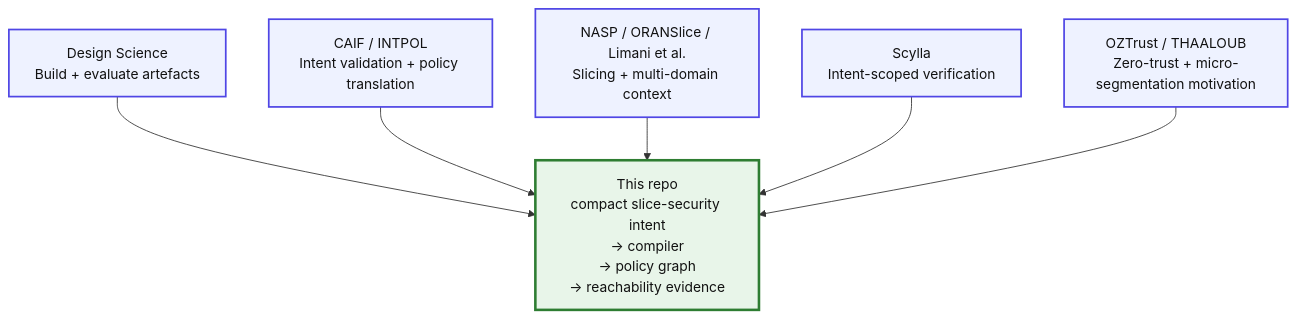
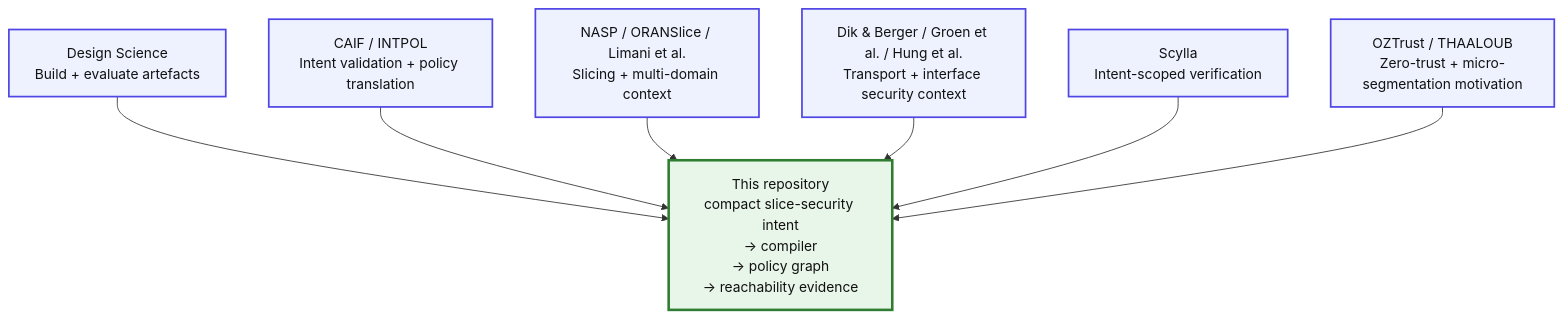
One commit to maplefoxgit/minor-thesis changed the second of 2 diagrams in docs/rq_to_repo_mapping.md. Above: the diagram before and after it, drawn with Mermaid. The commit also changed other lines of this file, not shown here.

````diff
--- a/docs/rq_to_repo_mapping.md
+++ b/docs/rq_to_repo_mapping.md
@@ -362,22 +380,24 @@
 ```mermaid
 flowchart TD
     DS["Design Science<br/>Build + evaluate artefacts"]
     IV["CAIF / INTPOL<br/>Intent validation + policy translation"]
     MD["NASP / ORANSlice / Limani et al.<br/>Slicing + multi-domain context"]
+    IF["Dik & Berger / Groen et al. / Hung et al.<br/>Transport + interface security context"]
     SC["Scylla<br/>Intent-scoped verification"]
     ZT["OZTrust / THAALOUB<br/>Zero-trust + micro-segmentation motivation"]
 
-    M["This repo<br/>compact slice-security intent<br/>→ compiler<br/>→ policy graph<br/>→ reachability evidence"]
+    M["This repository<br/>compact slice-security intent<br/>→ compiler<br/>→ policy graph<br/>→ reachability evidence"]
 
     DS --> M
     IV --> M
     MD --> M
+    IF --> M
     SC --> M
     ZT --> M
 
     classDef source fill:#eef2ff,stroke:#4f46e5,stroke-width:2px,color:#111;
     classDef mine fill:#e8f5e9,stroke:#2e7d32,stroke-width:3px,color:#111;
 
-    class DS,IV,MD,SC,ZT source;
+    class DS,IV,MD,IF,SC,ZT source;
     class M mine;
 ```
````
